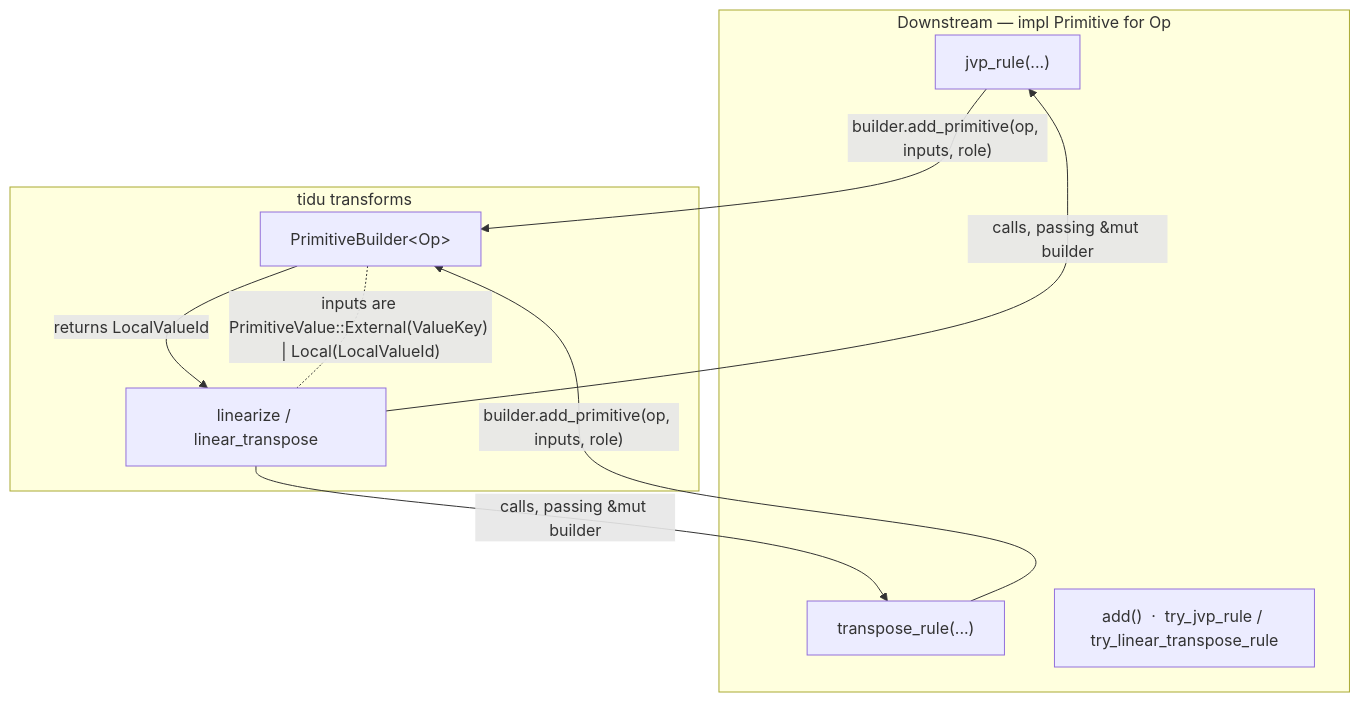
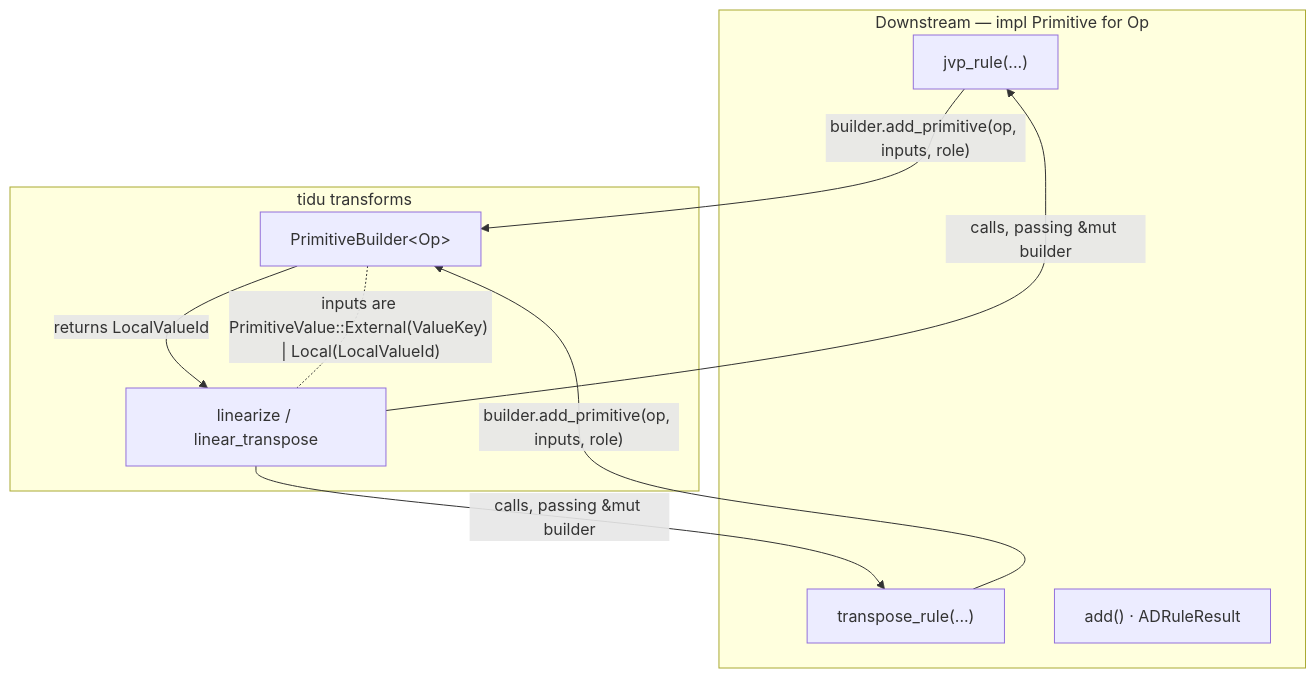
One commit to tensor4all/tidu-rs changed the third of 3 diagrams in docs/superpowers/specs/2026-06-19-tidu-docs-release-design.md. Above: the diagram before and after it, drawn with Mermaid. The commit also changed other lines of this file and 40 other files, not shown here.

````diff
--- a/docs/superpowers/specs/2026-06-19-tidu-docs-release-design.md
+++ b/docs/superpowers/specs/2026-06-19-tidu-docs-release-design.md
@@ -138,16 +138,16 @@
 ```mermaid
 flowchart TB
   subgraph DOWN["Downstream — impl Primitive for Op"]
     J["jvp_rule(...)"]
     T["transpose_rule(...)"]
-    A["add()  ·  try_jvp_rule / try_linear_transpose_rule"]
+    A["add()  ·  ADRuleResult"]
   end
   subgraph TIDU["tidu transforms"]
     L["linearize / linear_transpose"]
     B["PrimitiveBuilder&lt;Op&gt;"]
   end
   L -->|"calls, passing &mut builder"| J & T
   J & T -->|"builder.add_primitive(op, inputs, role)"| B
   B -->|"returns LocalValueId"| L
   B -. "inputs are PrimitiveValue::External(ValueKey) | Local(LocalValueId)" .- L
 ```
````
